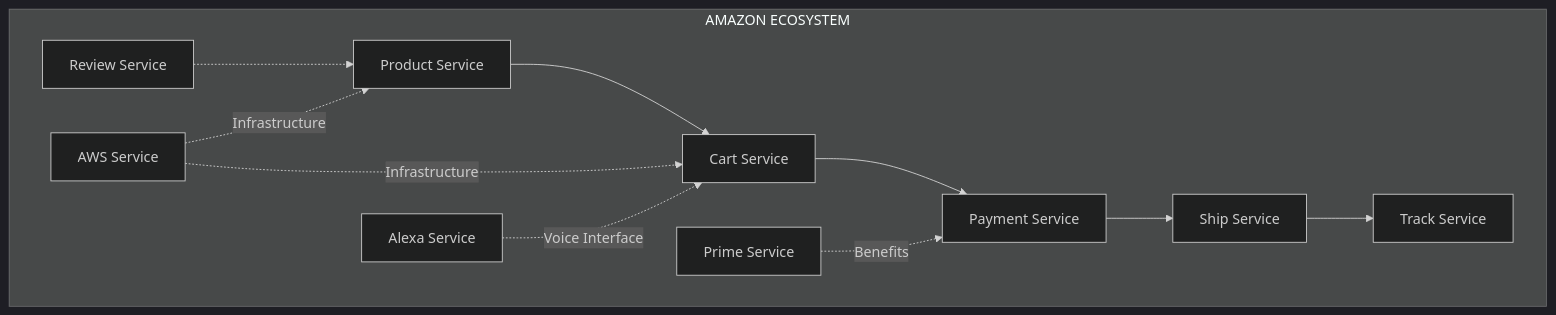
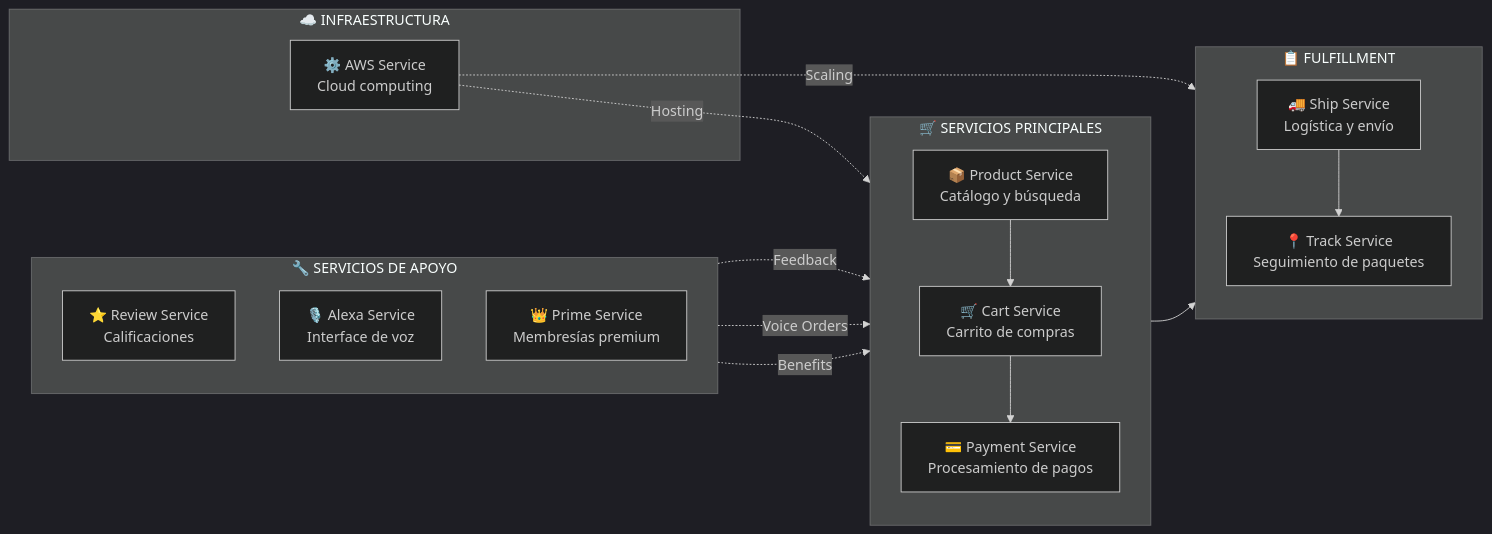
Before and after one commit to ebrenam/itq-microservicios-contenedores: diagram 14 of 15 in unidad-1-introduccion/01-teoria/README.md, drawn with Mermaid (dark theme). The commit also changed other lines of this file, not shown here.

Commit message:
Refactor Unidad 1 README: enhance flowcharts with detailed descriptions, improve team structure explanation, and clarify architectural transformation concepts.

````diff
--- a/unidad-1-introduccion/01-teoria/README.md
+++ b/unidad-1-introduccion/01-teoria/README.md
@@ -431,24 +451,41 @@
 ```mermaid
-graph TD
-    subgraph amazon["AMAZON ECOSYSTEM"]
-        PS["Product Service"]
-        CS["Cart Service"]
-        RS["Review Service"]
-        PayS["Payment Service"]
-        SS["Ship Service"]
-        TS["Track Service"]
-        AWS["AWS Service"]
-        AS["Alexa Service"]
-        PrS["Prime Service"]
-        
-        PS --> CS
-        CS --> PayS
-        PayS --> SS
-        SS --> TS
-        RS -.-> PS
-        AWS -.->|Infrastructure| PS
-        AWS -.->|Infrastructure| CS
-        AS -.->|Voice Interface| CS
-        PrS -.->|Benefits| PayS
+flowchart LR
+    subgraph core ["🛒 SERVICIOS PRINCIPALES"]
+        direction TB
+        PS["📦 Product Service<br/>Catálogo y búsqueda"]
+        CS["🛒 Cart Service<br/>Carrito de compras"]
+        PayS["💳 Payment Service<br/>Procesamiento de pagos"]
     end
+    
+    subgraph fulfillment ["📋 FULFILLMENT"]
+        direction TB
+        SS["🚚 Ship Service<br/>Logística y envío"]
+        TS["📍 Track Service<br/>Seguimiento de paquetes"]
+    end
+    
+    subgraph support ["🔧 SERVICIOS DE APOYO"]
+        direction TB
+        RS["⭐ Review Service<br/>Calificaciones"]
+        AS["🎙️ Alexa Service<br/>Interface de voz"]
+        PrS["👑 Prime Service<br/>Membresías premium"]
+    end
+    
+    subgraph infra ["☁️ INFRAESTRUCTURA"]
+        AWS["⚙️ AWS Service<br/>Cloud computing"]
+    end
+    
+    %% Flujo principal
+    PS --> CS
+    CS --> PayS
+    PayS --> SS
+    SS --> TS
+    
+    %% Servicios de apoyo
+    RS -.->|"Feedback"| PS
+    AS -.->|"Voice Orders"| CS
+    PrS -.->|"Benefits"| PayS
+    
+    %% Infraestructura
+    AWS -.->|"Hosting"| core
+    AWS -.->|"Scaling"| fulfillment
 ```
````
